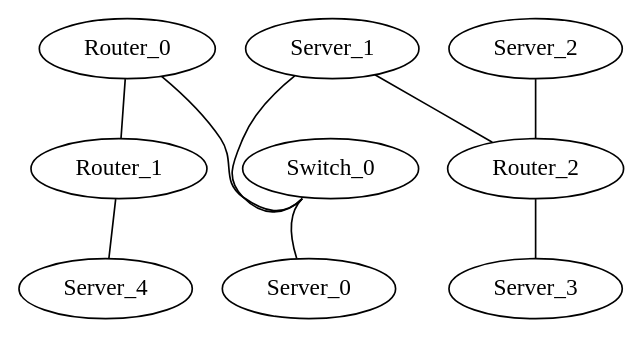
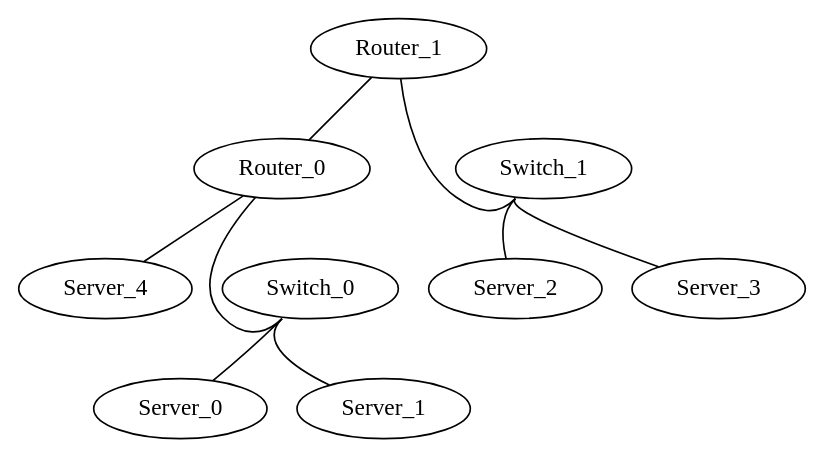
The diagram in TopologyGen/TopologyInfo/topology.dot (matferronato/TopologyGen), drawn with Graphviz before and after one commit. The commit also changed 100 other files, not shown here.

```diff
--- a/TopologyGen/TopologyInfo/topology.dot
+++ b/TopologyGen/TopologyInfo/topology.dot
@@ -1,19 +1,19 @@
 graph vx {
 "Router_0" [function="leaf" vagrant="eth1" os="Linux Ubuntu" version="1.1" memory="500" config="./helper_scripts/config_production_switch.sh" ]
 "Router_1" [function="leaf" vagrant="eth1" os="Linux Ubuntu" version="1.1" memory="500" config="./helper_scripts/config_production_switch.sh" ]
-"Router_2" [function="leaf" vagrant="eth1" os="Linux Ubuntu" version="1.1" memory="500" config="./helper_scripts/config_production_switch.sh" ]
 "Server_0" [function="leaf" vagrant="eth1" os="Linux Ubuntu" version="1.1" memory="500" config="./helper_scripts/config_production_switch.sh" ]
 "Server_1" [function="leaf" vagrant="eth1" os="Linux Ubuntu" version="1.1" memory="500" config="./helper_scripts/config_production_switch.sh" ]
 "Server_2" [function="leaf" vagrant="eth1" os="Linux Ubuntu" version="1.1" memory="500" config="./helper_scripts/config_production_switch.sh" ]
 "Server_3" [function="leaf" vagrant="eth1" os="Linux Ubuntu" version="1.1" memory="500" config="./helper_scripts/config_production_switch.sh" ]
 "Server_4" [function="leaf" vagrant="eth1" os="Linux Ubuntu" version="1.1" memory="500" config="./helper_scripts/config_production_switch.sh" ]
 "Switch_0" [function="leaf" vagrant="eth1" os="Linux Ubuntu" version="1.1" memory="500" config="./helper_scripts/config_production_switch.sh" ]
-"Router_1":"eth1" -- "Server_4":"eth100"
-"Router_0":"eth100" -- "Router_1":"eth100"
-"Router_2":"eth1" -- "Server_3":"eth100"
+"Switch_1" [function="leaf" vagrant="eth1" os="Linux Ubuntu" version="1.1" memory="500" config="./helper_scripts/config_production_switch.sh" ]
+"Router_1":"eth100" -- "Router_0":"eth100"
+"Router_1":"eth50" -- "Switch_1":"swp100"
+"Switch_1":"swp1" -- "Server_3":"eth50"
+"Switch_1":"swp2" -- "Server_2":"eth50"
+"Switch_0":"swp1" -- "Server_1":"eth50"
+"Switch_0":"swp2" -- "Server_0":"eth50"
 "Router_0":"eth50" -- "Switch_0":"swp100"
-"Switch_0":"swp1" -- "Server_0":"eth50"
-"Server_1":"eth50" -- "Switch_0":"swp2"
-"Server_1":"eth100" -- "Router_2":"eth2"
-"Server_2":"eth100" -- "Router_2":"eth3"
+"Router_0":"eth1" -- "Server_4":"eth100"
 }
```
